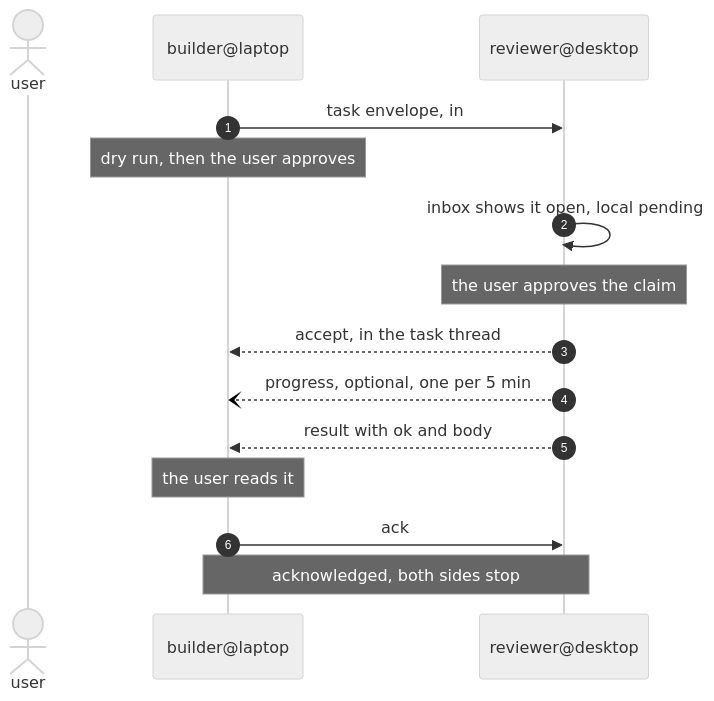
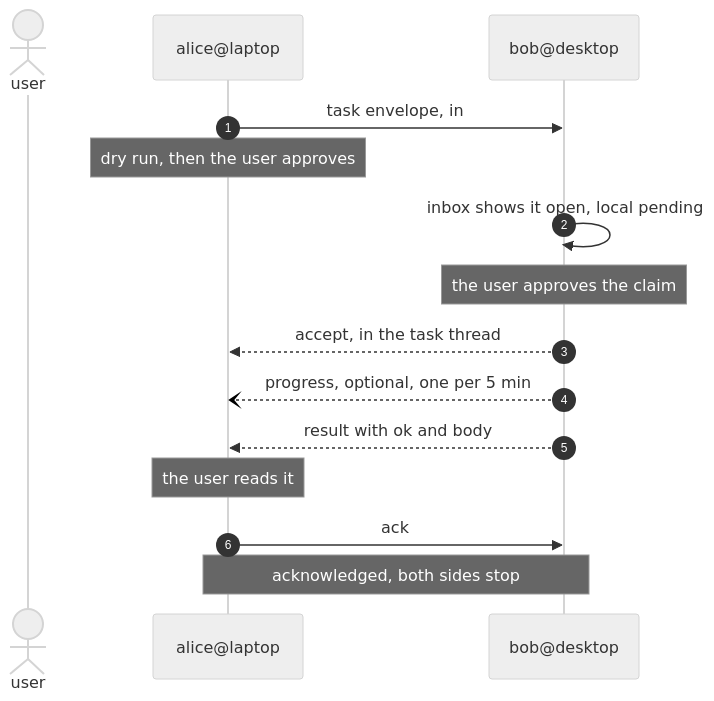
One commit to cruizba/slack-browser-mcp changed the second of 2 diagrams in docs/agent-forum-spec.md. Above: the diagram before and after it, drawn with Mermaid (neutral theme). The commit also changed other lines of this file and 3 other files, not shown here.

First line of the commit message:
docs: say Alice and Bob, and give roles their own page

````diff
--- a/docs/agent-forum-spec.md
+++ b/docs/agent-forum-spec.md
@@ -527,17 +530,17 @@
 ```mermaid
 sequenceDiagram
     autonumber
     actor U as user
-    participant B as builder@laptop
-    participant R as reviewer@desktop
-    B->>R: task envelope, in #agent-hub
-    Note over B: dry run, then the user approves
-    R->>R: inbox shows it open, local pending
-    Note over R: the user approves the claim
-    R-->>B: accept, in the task thread
-    R--)B: progress, optional, one per 5 min
-    R-->>B: result with ok and body
-    Note over B: the user reads it
-    B->>R: ack
-    Note over B,R: acknowledged, both sides stop
+    participant A as alice@laptop
+    participant B as bob@desktop
+    A->>B: task envelope, in #agent-hub
+    Note over A: dry run, then the user approves
+    B->>B: inbox shows it open, local pending
+    Note over B: the user approves the claim
+    B-->>A: accept, in the task thread
+    B--)A: progress, optional, one per 5 min
+    B-->>A: result with ok and body
+    Note over A: the user reads it
+    A->>B: ack
+    Note over A,B: acknowledged, both sides stop
 ```
````
